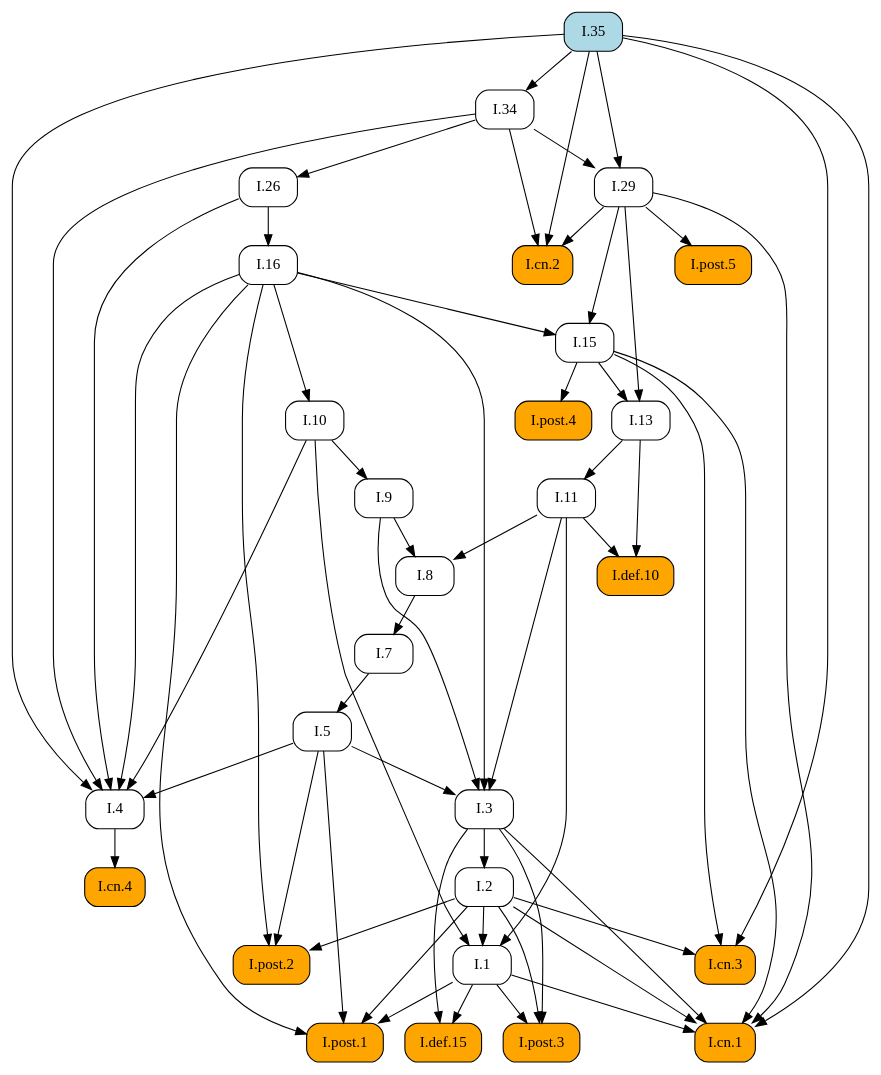
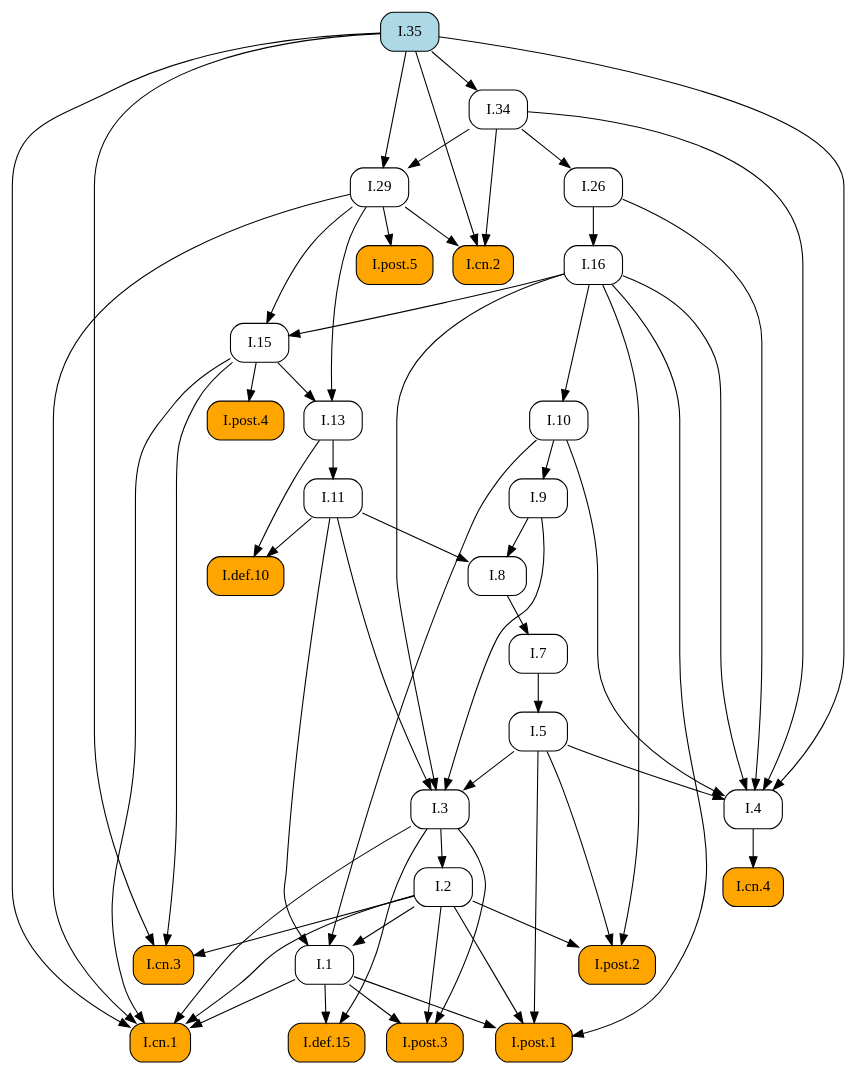
The diagram in docsrc/elements2/I/35/index.rst (geometor/elements), drawn with Graphviz before and after one commit. The commit also changed other lines of this file and 171 other files, not shown here.

```diff
--- a/docsrc/elements2/I/35/index.rst
+++ b/docsrc/elements2/I/35/index.rst
@@ -72,91 +72,91 @@
    digraph {
      rankdir="TB";
      node [shape=box, style=rounded];
+     "I.8" [URL="/elements2/I/8/", target="_top"];
+     "I.post.3" [style="rounded,filled", fillcolor=orange, URL="/elements2/I/post.3/", target="_top"];
+     "I.cn.3" [style="rounded,filled", fillcolor=orange, URL="/elements2/I/cn.3/", target="_top"];
+     "I.cn.4" [style="rounded,filled", fillcolor=orange, URL="/elements2/I/cn.4/", target="_top"];
+     "I.1" [URL="/elements2/I/1/", target="_top"];
+     "I.7" [URL="/elements2/I/7/", target="_top"];
+     "I.post.1" [style="rounded,filled", fillcolor=orange, URL="/elements2/I/post.1/", target="_top"];
+     "I.9" [URL="/elements2/I/9/", target="_top"];
+     "I.5" [URL="/elements2/I/5/", target="_top"];
+     "I.post.5" [style="rounded,filled", fillcolor=orange, URL="/elements2/I/post.5/", target="_top"];
+     "I.cn.1" [style="rounded,filled", fillcolor=orange, URL="/elements2/I/cn.1/", target="_top"];
+     "I.29" [URL="/elements2/I/29/", target="_top"];
+     "I.def.10" [style="rounded,filled", fillcolor=orange, URL="/elements2/I/def.10/", target="_top"];
      "I.16" [URL="/elements2/I/16/", target="_top"];
-     "I.def.10" [style="rounded,filled", fillcolor=orange, URL="/elements2/I/def.10/", target="_top"];
-     "I.9" [URL="/elements2/I/9/", target="_top"];
-     "I.8" [URL="/elements2/I/8/", target="_top"];
+     "I.post.4" [style="rounded,filled", fillcolor=orange, URL="/elements2/I/post.4/", target="_top"];
      "I.cn.2" [style="rounded,filled", fillcolor=orange, URL="/elements2/I/cn.2/", target="_top"];
+     "I.13" [URL="/elements2/I/13/", target="_top"];
+     "I.35" [style="rounded,filled", fillcolor=lightblue, URL="/elements2/I/35/", target="_top"];
+     "I.2" [URL="/elements2/I/2/", target="_top"];
+     "I.def.15" [style="rounded,filled", fillcolor=orange, URL="/elements2/I/def.15/", target="_top"];
+     "I.4" [URL="/elements2/I/4/", target="_top"];
+     "I.11" [URL="/elements2/I/11/", target="_top"];
+     "I.10" [URL="/elements2/I/10/", target="_top"];
      "I.15" [URL="/elements2/I/15/", target="_top"];
-     "I.post.5" [style="rounded,filled", fillcolor=orange, URL="/elements2/I/post.5/", target="_top"];
+     "I.3" [URL="/elements2/I/3/", target="_top"];
+     "I.post.2" [style="rounded,filled", fillcolor=orange, URL="/elements2/I/post.2/", target="_top"];
+     "I.34" [URL="/elements2/I/34/", target="_top"];
      "I.26" [URL="/elements2/I/26/", target="_top"];
-     "I.2" [URL="/elements2/I/2/", target="_top"];
-     "I.34" [URL="/elements2/I/34/", target="_top"];
-     "I.cn.4" [style="rounded,filled", fillcolor=orange, URL="/elements2/I/cn.4/", target="_top"];
-     "I.def.15" [style="rounded,filled", fillcolor=orange, URL="/elements2/I/def.15/", target="_top"];
-     "I.post.3" [style="rounded,filled", fillcolor=orange, URL="/elements2/I/post.3/", target="_top"];
-     "I.1" [URL="/elements2/I/1/", target="_top"];
-     "I.35" [style="rounded,filled", fillcolor=lightblue, URL="/elements2/I/35/", target="_top"];
-     "I.post.2" [style="rounded,filled", fillcolor=orange, URL="/elements2/I/post.2/", target="_top"];
-     "I.13" [URL="/elements2/I/13/", target="_top"];
-     "I.10" [URL="/elements2/I/10/", target="_top"];
-     "I.post.1" [style="rounded,filled", fillcolor=orange, URL="/elements2/I/post.1/", target="_top"];
-     "I.7" [URL="/elements2/I/7/", target="_top"];
-     "I.post.4" [style="rounded,filled", fillcolor=orange, URL="/elements2/I/post.4/", target="_top"];
-     "I.cn.1" [style="rounded,filled", fillcolor=orange, URL="/elements2/I/cn.1/", target="_top"];
-     "I.3" [URL="/elements2/I/3/", target="_top"];
-     "I.cn.3" [style="rounded,filled", fillcolor=orange, URL="/elements2/I/cn.3/", target="_top"];
-     "I.11" [URL="/elements2/I/11/", target="_top"];
-     "I.29" [URL="/elements2/I/29/", target="_top"];
-     "I.5" [URL="/elements2/I/5/", target="_top"];
-     "I.4" [URL="/elements2/I/4/", target="_top"];
-     "I.26" -> "I.16";
-     "I.11" -> "I.def.10";
-     "I.13" -> "I.def.10";
-     "I.10" -> "I.9";
      "I.9" -> "I.8";
      "I.11" -> "I.8";
-     "I.29" -> "I.cn.2";
-     "I.34" -> "I.cn.2";
-     "I.35" -> "I.cn.2";
-     "I.16" -> "I.15";
-     "I.29" -> "I.15";
-     "I.29" -> "I.post.5";
-     "I.34" -> "I.26";
-     "I.3" -> "I.2";
-     "I.35" -> "I.34";
-     "I.4" -> "I.cn.4";
-     "I.1" -> "I.def.15";
-     "I.3" -> "I.def.15";
      "I.1" -> "I.post.3";
      "I.2" -> "I.post.3";
      "I.3" -> "I.post.3";
+     "I.2" -> "I.cn.3";
+     "I.15" -> "I.cn.3";
+     "I.35" -> "I.cn.3";
+     "I.4" -> "I.cn.4";
      "I.2" -> "I.1";
      "I.10" -> "I.1";
      "I.11" -> "I.1";
-     "I.2" -> "I.post.2";
-     "I.5" -> "I.post.2";
-     "I.16" -> "I.post.2";
-     "I.15" -> "I.13";
-     "I.29" -> "I.13";
-     "I.16" -> "I.10";
+     "I.8" -> "I.7";
      "I.1" -> "I.post.1";
      "I.2" -> "I.post.1";
      "I.5" -> "I.post.1";
      "I.16" -> "I.post.1";
-     "I.8" -> "I.7";
-     "I.15" -> "I.post.4";
+     "I.10" -> "I.9";
+     "I.7" -> "I.5";
+     "I.29" -> "I.post.5";
      "I.1" -> "I.cn.1";
      "I.2" -> "I.cn.1";
      "I.3" -> "I.cn.1";
      "I.15" -> "I.cn.1";
      "I.29" -> "I.cn.1";
      "I.35" -> "I.cn.1";
-     "I.5" -> "I.3";
-     "I.9" -> "I.3";
-     "I.11" -> "I.3";
-     "I.16" -> "I.3";
-     "I.2" -> "I.cn.3";
-     "I.15" -> "I.cn.3";
-     "I.35" -> "I.cn.3";
-     "I.13" -> "I.11";
      "I.34" -> "I.29";
      "I.35" -> "I.29";
-     "I.7" -> "I.5";
+     "I.11" -> "I.def.10";
+     "I.13" -> "I.def.10";
+     "I.26" -> "I.16";
+     "I.15" -> "I.post.4";
+     "I.29" -> "I.cn.2";
+     "I.34" -> "I.cn.2";
+     "I.35" -> "I.cn.2";
+     "I.15" -> "I.13";
+     "I.29" -> "I.13";
+     "I.3" -> "I.2";
+     "I.1" -> "I.def.15";
+     "I.3" -> "I.def.15";
      "I.5" -> "I.4";
      "I.10" -> "I.4";
      "I.16" -> "I.4";
      "I.26" -> "I.4";
      "I.34" -> "I.4";
      "I.35" -> "I.4";
+     "I.13" -> "I.11";
+     "I.16" -> "I.10";
+     "I.16" -> "I.15";
+     "I.29" -> "I.15";
+     "I.5" -> "I.3";
+     "I.9" -> "I.3";
+     "I.11" -> "I.3";
+     "I.16" -> "I.3";
+     "I.2" -> "I.post.2";
+     "I.5" -> "I.post.2";
+     "I.16" -> "I.post.2";
+     "I.35" -> "I.34";
+     "I.34" -> "I.26";
    }
```
